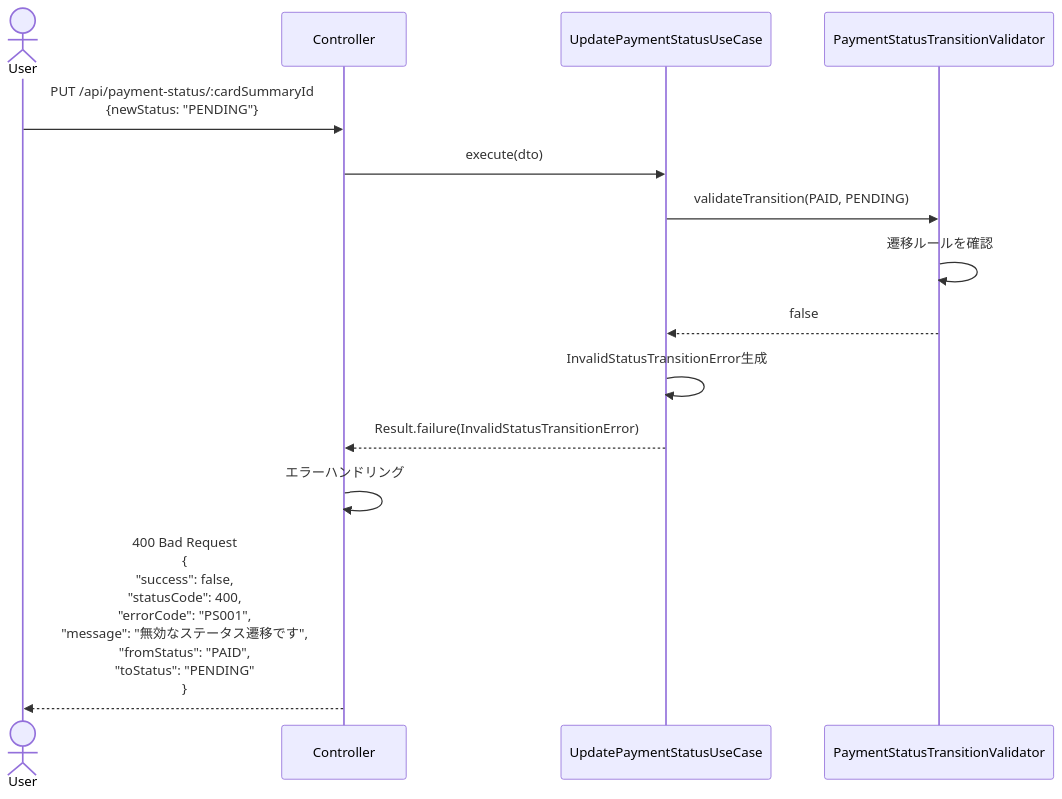
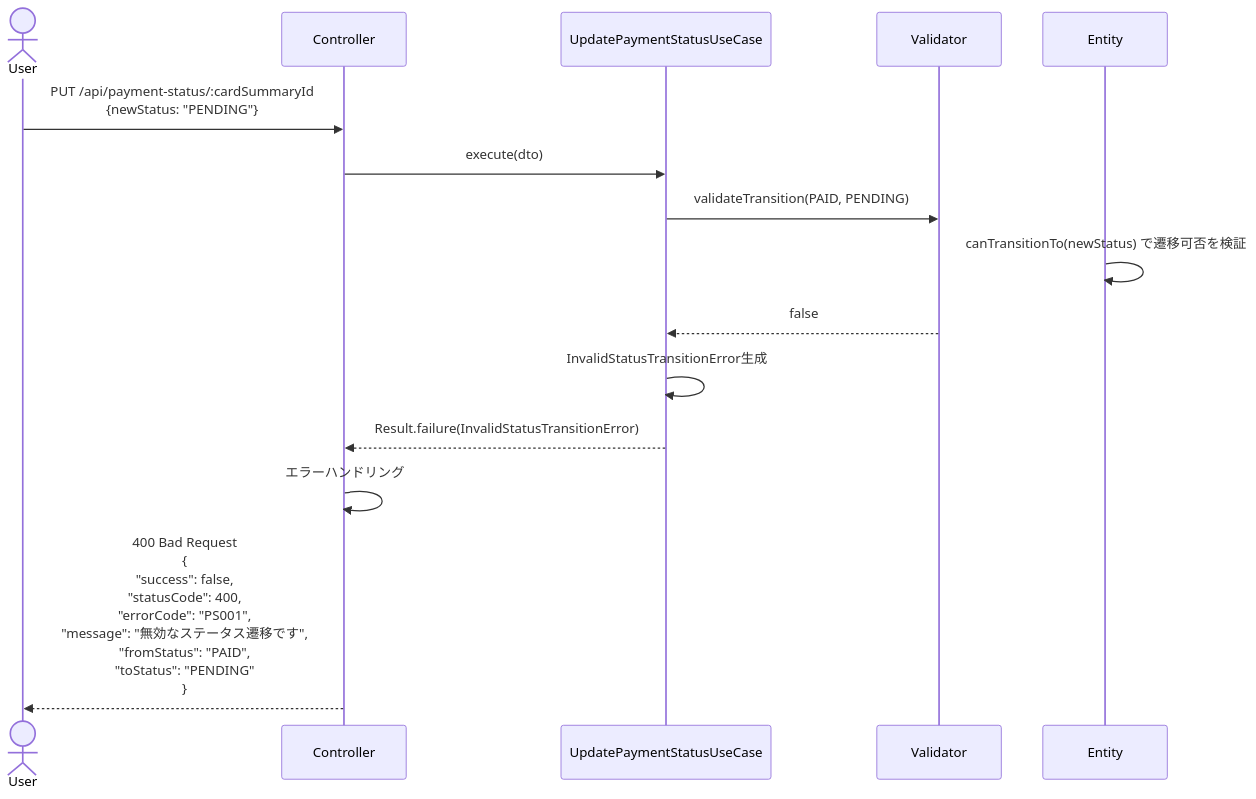
Before and after one commit to kencom2400/account-book: the eighth of 12 diagrams in docs/detailed-design/FR-014_payment-status-management/sequence-diagrams.md, drawn with Mermaid. The commit also changed other lines of this file and 7 other files, not shown here.

First line of the commit message:
fix(docs): PaymentStatusRepositoryからdeleteメソッドを削除

````diff
--- a/docs/detailed-design/FR-014_payment-status-management/sequence-diagrams.md
+++ b/docs/detailed-design/FR-014_payment-status-management/sequence-diagrams.md
@@ -428,19 +426,18 @@
 ```mermaid
 sequenceDiagram
     actor User
     participant API as Controller
     participant UC as UpdatePaymentStatusUseCase
-    participant Validator as PaymentStatusTransitionValidator
 
     User->>API: PUT /api/payment-status/:cardSummaryId<br/>{newStatus: "PENDING"}
     API->>UC: execute(dto)
     UC->>Validator: validateTransition(PAID, PENDING)
-    Validator->>Validator: 遷移ルールを確認
+    Entity->>Entity: canTransitionTo(newStatus) で遷移可否を検証
     Validator-->>UC: false
 
     UC->>UC: InvalidStatusTransitionError生成
     UC-->>API: Result.failure(InvalidStatusTransitionError)
 
     API->>API: エラーハンドリング
     API-->>User: 400 Bad Request<br/>{<br/>  "success": false,<br/>  "statusCode": 400,<br/>  "errorCode": "PS001",<br/>  "message": "無効なステータス遷移です",<br/>  "fromStatus": "PAID",<br/>  "toStatus": "PENDING"<br/>}
 ```
````
